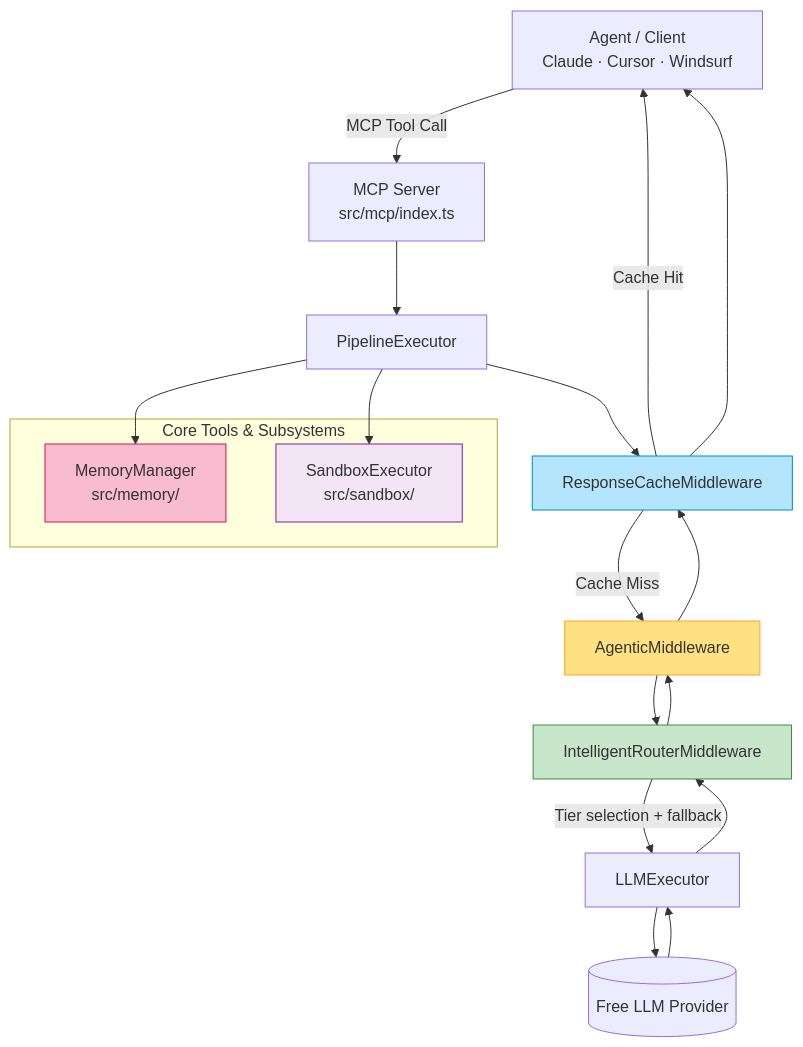
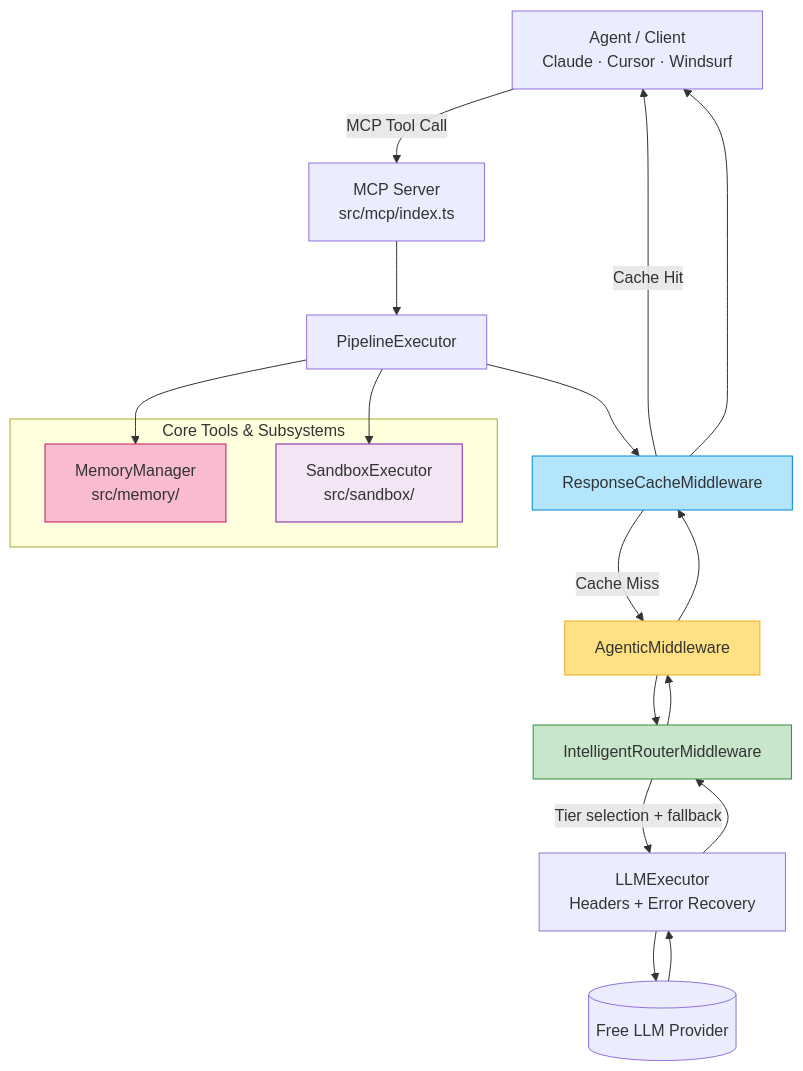
One commit to djmahe4/awesome-free-llm-apis changed the diagram in mcp-server/README.md. Above: the diagram before and after it, drawn with Mermaid. The commit also changed other lines of this file and 3 other files, not shown here.

````diff
--- a/mcp-server/README.md
+++ b/mcp-server/README.md
@@ -9,28 +9,28 @@
 ```mermaid
 graph TD
     A[Agent / Client<br/>Claude · Cursor · Windsurf] -->|MCP Tool Call| B[MCP Server<br/>src/mcp/index.ts]
     B --> C[PipelineExecutor]
     
     subgraph "Core Tools & Subsystems"
         I[MemoryManager<br/>src/memory/]
         J[SandboxExecutor<br/>src/sandbox/]
     end
 
     C --> D[ResponseCacheMiddleware]
     D -->|Cache Miss| E[AgenticMiddleware]
     E --> F[IntelligentRouterMiddleware]
-    F -->|Tier selection + fallback| G[LLMExecutor]
+    F -->|Tier selection + fallback| G[LLMExecutor<br/>Headers + Error Recovery]
     G --> H[(Free LLM Provider)]
 
     C --> I
     C --> J
     
     D -->|Cache Hit| A
     H --> G --> F --> E --> D --> A
 
     style E fill:#ffe082,stroke:#f9a825
     style D fill:#b3e5fc,stroke:#0288d1
     style F fill:#c8e6c9,stroke:#388e3c
     style I fill:#f8bbd0,stroke:#c2185b
     style J fill:#f3e5f5,stroke:#7b1fa2
 ```
````
